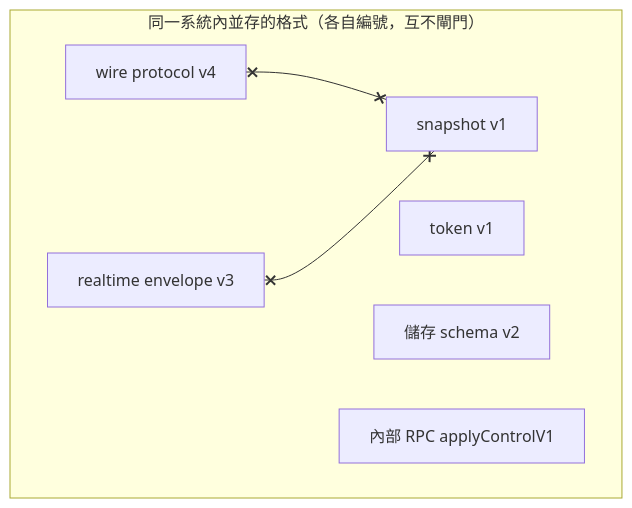
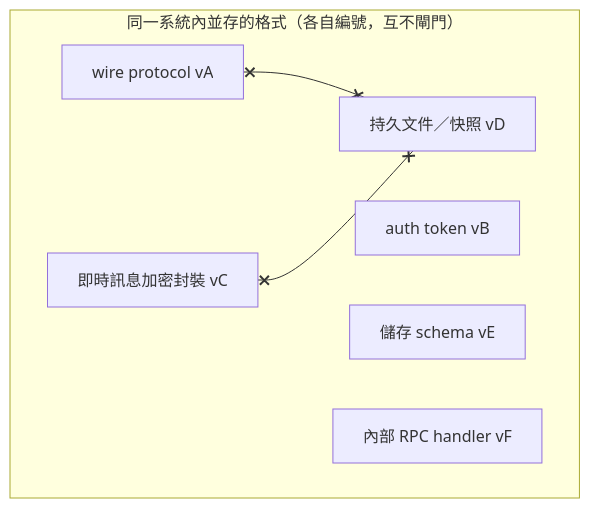
Before and after one commit to EricTsai83/drawstuff: the first of 2 diagrams in docs/system-design/versioning-and-compatibility.md, drawn with Mermaid. The commit also changed other lines of this file and 27 other files, not shown here.

````diff
--- a/docs/system-design/versioning-and-compatibility.md
+++ b/docs/system-design/versioning-and-compatibility.md
@@ -23,13 +25,13 @@
 ```mermaid
 flowchart TD
     subgraph Formats["同一系統內並存的格式（各自編號，互不閘門）"]
-        F1["wire protocol v4"]
-        F2["token v1"]
-        F3["realtime envelope v3"]
-        F4["snapshot v1"]
-        F5["儲存 schema v2"]
-        F6["內部 RPC applyControlV1"]
+        F1["wire protocol vA"]
+        F2["auth token vB"]
+        F3["即時訊息加密封裝 vC"]
+        F4["持久文件／快照 vD"]
+        F5["儲存 schema vE"]
+        F6["內部 RPC handler vF"]
     end
     F1 x--x F4
     F3 x--x F4
 ```
````
